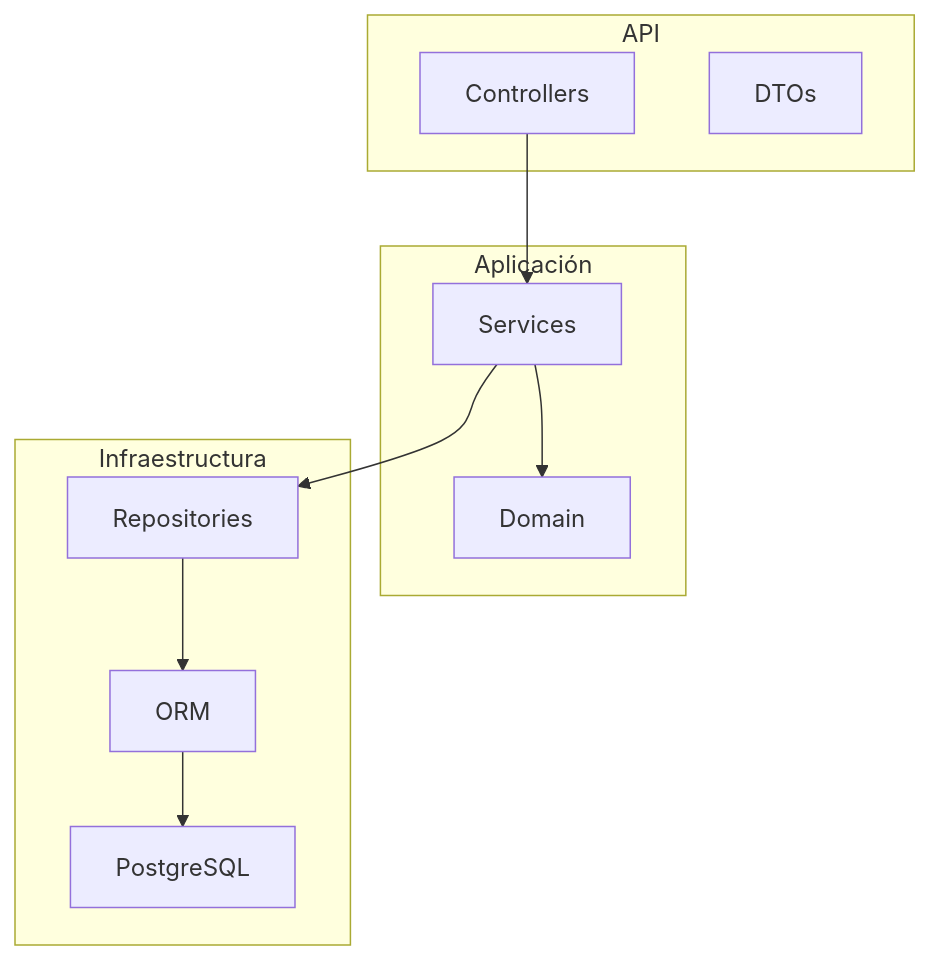
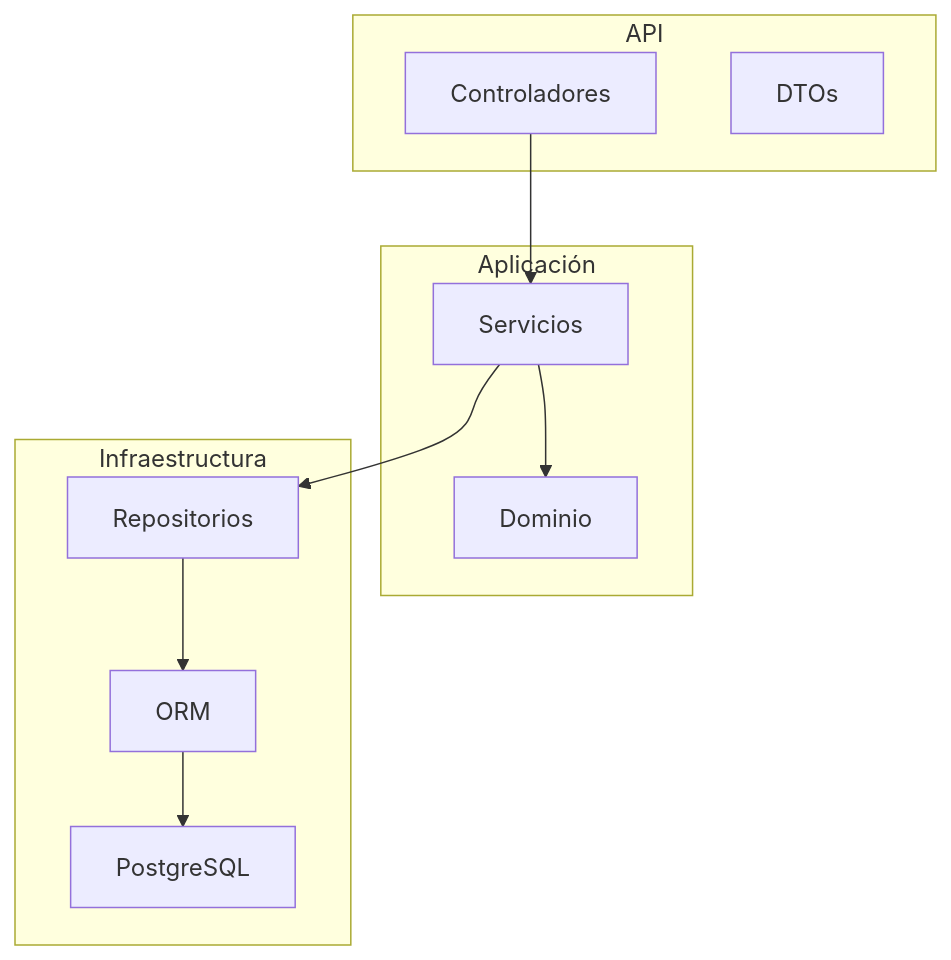
One commit to Sgarcia8/OATI-CRUD changed the first of 2 diagrams in backend/README.md. Above: the diagram before and after it, drawn with Mermaid. The commit also changed other lines of this file and 1 other file, not shown here.

````diff
--- a/backend/README.md
+++ b/backend/README.md
@@ -26,21 +25,21 @@
 ```mermaid
 flowchart TB
     subgraph api [API]
-        Controllers
+        Controladores
         DTOs
     end
     subgraph app [Aplicación]
-        Services
-        Domain
+        Servicios
+        Dominio
     end
     subgraph infra [Infraestructura]
-        Repositories
+        Repositorios
         ORM
         PostgreSQL
     end
-    Controllers --> Services
-    Services --> Domain
-    Services --> Repositories
-    Repositories --> ORM
+    Controladores --> Servicios
+    Servicios --> Dominio
+    Servicios --> Repositorios
+    Repositorios --> ORM
     ORM --> PostgreSQL
 ```
````
